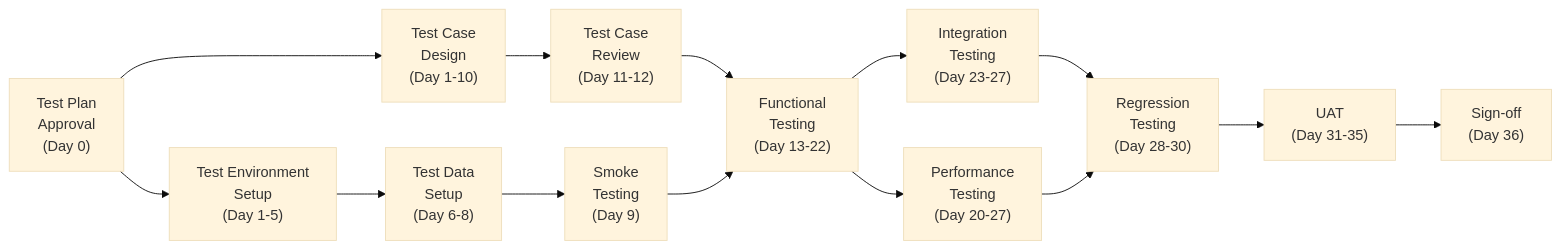
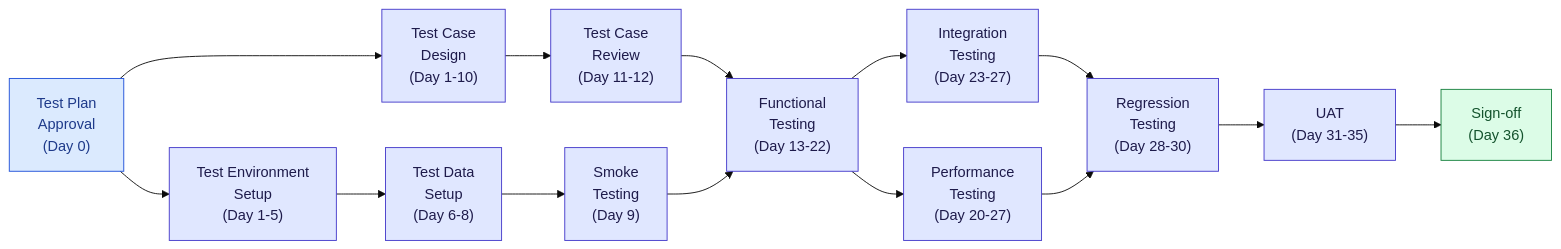
One commit to ghanendra-sdet/manual-testing-playbook changed the sixth of 6 diagrams in Part_10_Test_Planning_Documentation.md. Above: the diagram before and after it, drawn with Mermaid (base theme). The commit also changed other lines of this file and 15 other files, not shown here.

Commit message:
Fix broken routes and anchors; update OWASP 2025, ISTQB v4.0, WCAG 2.2, Jira/Zephyr naming and pricing; style diagrams

````diff
--- a/Part_10_Test_Planning_Documentation.md
+++ b/Part_10_Test_Planning_Documentation.md
@@ -1286,17 +1315,26 @@
 ```mermaid
 graph LR
     A["Test Plan<br/>Approval<br/>(Day 0)"] --> B["Test Environment<br/>Setup<br/>(Day 1-5)"]
     A --> C["Test Case<br/>Design<br/>(Day 1-10)"]
     B --> D["Test Data<br/>Setup<br/>(Day 6-8)"]
     C --> E["Test Case<br/>Review<br/>(Day 11-12)"]
     D --> F["Smoke<br/>Testing<br/>(Day 9)"]
     E --> G["Functional<br/>Testing<br/>(Day 13-22)"]
     F --> G
     G --> H["Integration<br/>Testing<br/>(Day 23-27)"]
     H --> I["Regression<br/>Testing<br/>(Day 28-30)"]
     I --> J["UAT<br/>(Day 31-35)"]
     J --> K["Sign-off<br/>(Day 36)"]
     
     G --> L["Performance<br/>Testing<br/>(Day 20-27)"]
     L --> I
+
+    classDef start fill:#dbeafe,stroke:#1d4ed8,color:#1e3a8a
+    classDef step fill:#e0e7ff,stroke:#4338ca,color:#1e1b4b
+    classDef decision fill:#fef3c7,stroke:#b45309,color:#78350f
+    classDef good fill:#dcfce7,stroke:#15803d,color:#14532d
+    classDef bad fill:#fee2e2,stroke:#b91c1c,color:#7f1d1d
+    class A start
+    class B,C,D,E,F,G,H,I,J,L step
+    class K good
 ```
````
